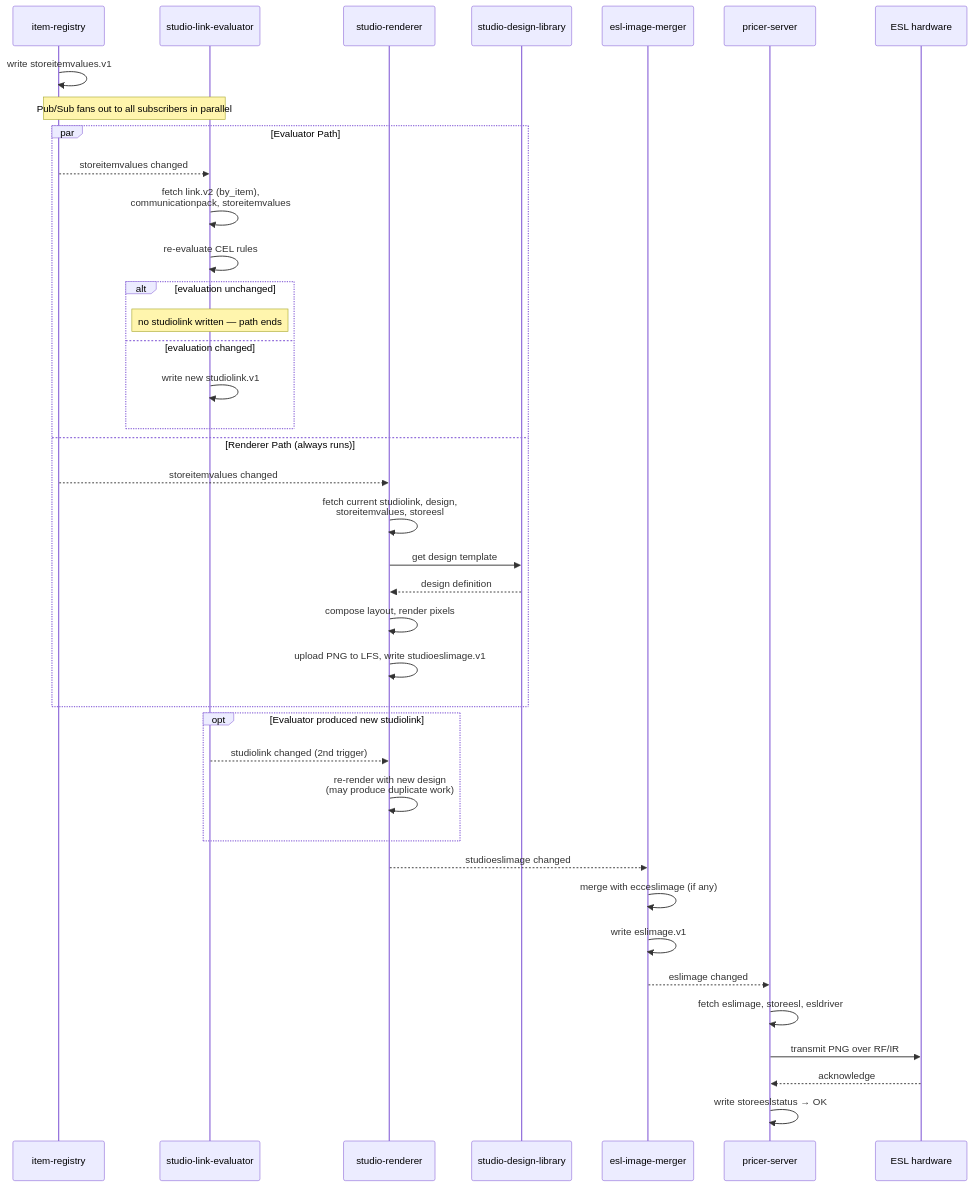
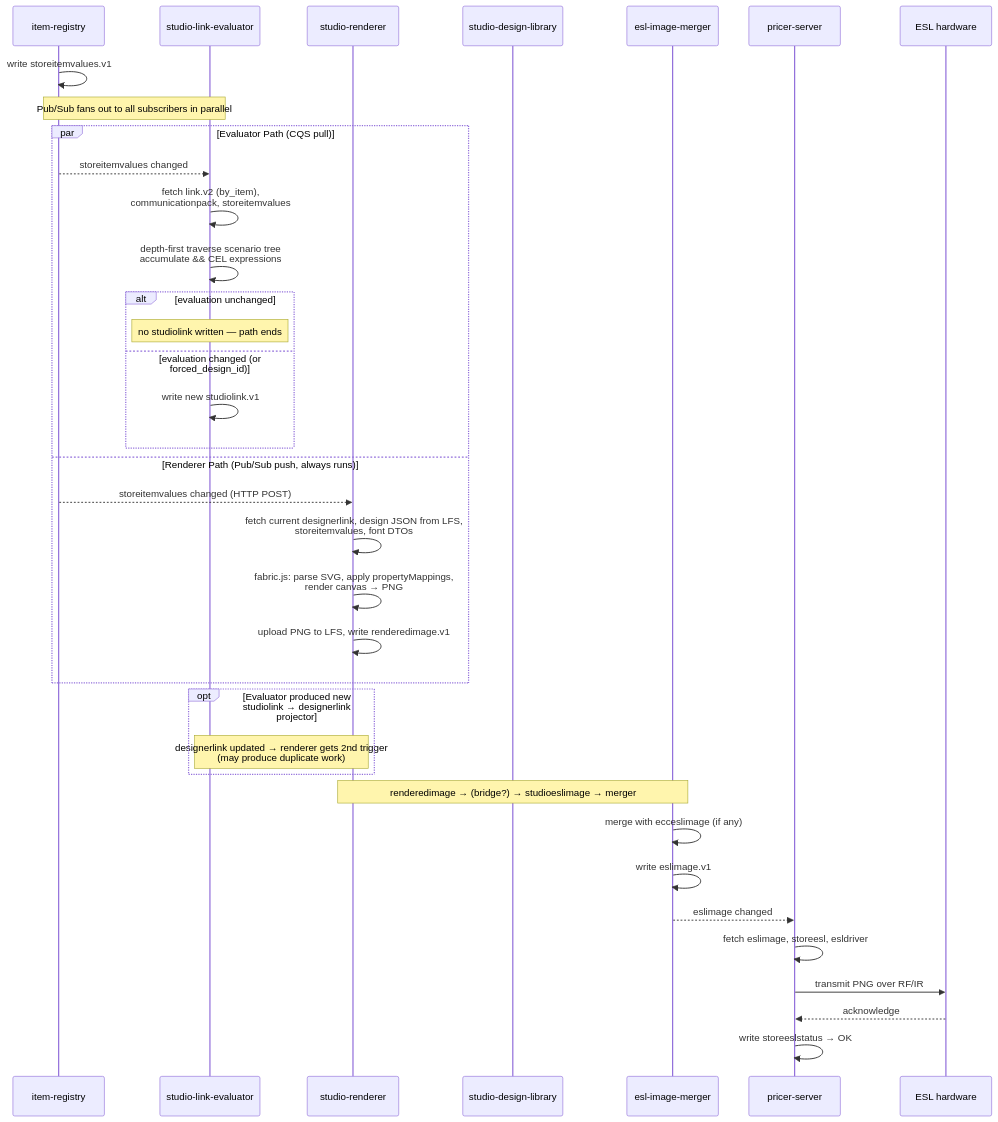
Before and after one commit to cristiandeaconeasa-dev/Replatforming-docs: the second of 3 diagrams in 12-rendering-pipeline-deep-dive.md, drawn with Mermaid. The commit also changed other lines of this file and 11 other files, not shown here.

````diff
--- a/12-rendering-pipeline-deep-dive.md
+++ b/12-rendering-pipeline-deep-dive.md
@@ -406,49 +420,46 @@
 ```mermaid
 ---
 config:
     layout: elk
 ---
 sequenceDiagram
     participant Item as item-registry
     participant SLE as studio-link-evaluator
     participant SR as studio-renderer
     participant DL as studio-design-library
     participant EIM as esl-image-merger
     participant PS as pricer-server
     participant ESL as ESL hardware
 
     Item->>Item: write storeitemvalues.v1
     Note over Item,SLE: Pub/Sub fans out to all subscribers in parallel
     
-    par Evaluator Path
+    par Evaluator Path (CQS pull)
         Item-->>SLE: storeitemvalues changed
         SLE->>SLE: fetch link.v2 (by_item),<br/>communicationpack, storeitemvalues
-        SLE->>SLE: re-evaluate CEL rules
+        SLE->>SLE: depth-first traverse scenario tree<br/>accumulate && CEL expressions
         alt evaluation unchanged
             Note over SLE: no studiolink written — path ends
-        else evaluation changed
+        else evaluation changed (or forced_design_id)
             SLE->>SLE: write new studiolink.v1
         end
-    and Renderer Path (always runs)
-        Item-->>SR: storeitemvalues changed
-        SR->>SR: fetch current studiolink, design,<br/>storeitemvalues, storeesl
-        SR->>DL: get design template
-        DL-->>SR: design definition
-        SR->>SR: compose layout, render pixels
-        SR->>SR: upload PNG to LFS, write studioeslimage.v1
+    and Renderer Path (Pub/Sub push, always runs)
+        Item-->>SR: storeitemvalues changed (HTTP POST)
+        SR->>SR: fetch current designerlink, design JSON from LFS,<br/>storeitemvalues, font DTOs
+        SR->>SR: fabric.js: parse SVG, apply propertyMappings,<br/>render canvas → PNG
+        SR->>SR: upload PNG to LFS, write renderedimage.v1
     end
     
-    opt Evaluator produced new studiolink
-        SLE-->>SR: studiolink changed (2nd trigger)
-        SR->>SR: re-render with new design<br/>(may produce duplicate work)
+    opt Evaluator produced new studiolink → designerlink projector
+        Note over SLE,SR: designerlink updated → renderer gets 2nd trigger<br/>(may produce duplicate work)
     end
     
-    SR-->>EIM: studioeslimage changed
+    Note over SR,EIM: renderedimage → (bridge?) → studioeslimage → merger
     EIM->>EIM: merge with ecceslimage (if any)
     EIM->>EIM: write eslimage.v1
     EIM-->>PS: eslimage changed
     PS->>PS: fetch eslimage, storeesl, esldriver
     PS->>ESL: transmit PNG over RF/IR
     ESL-->>PS: acknowledge
     PS->>PS: write storeeslstatus → OK
 ```
````
